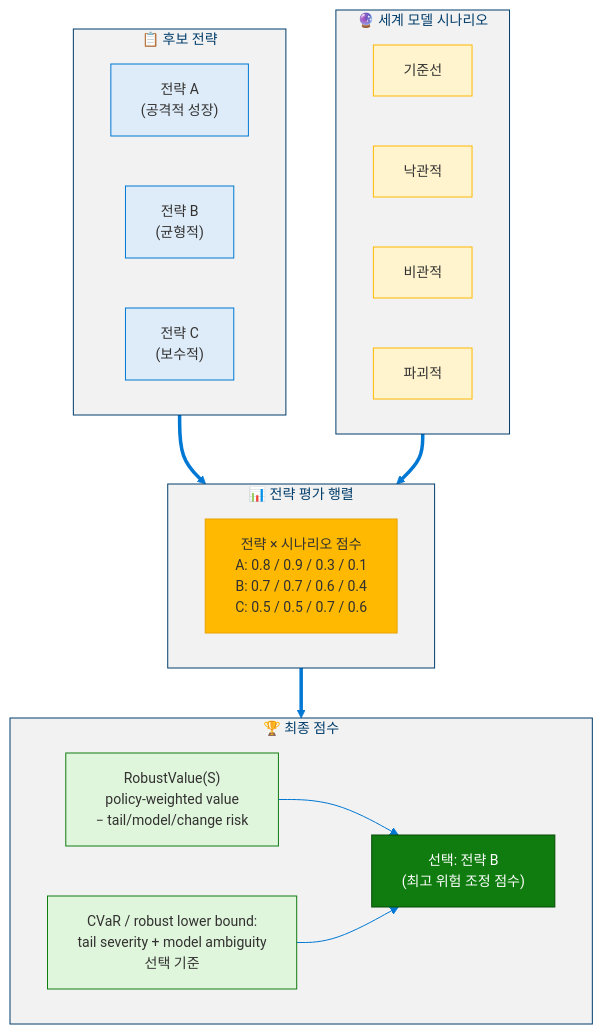
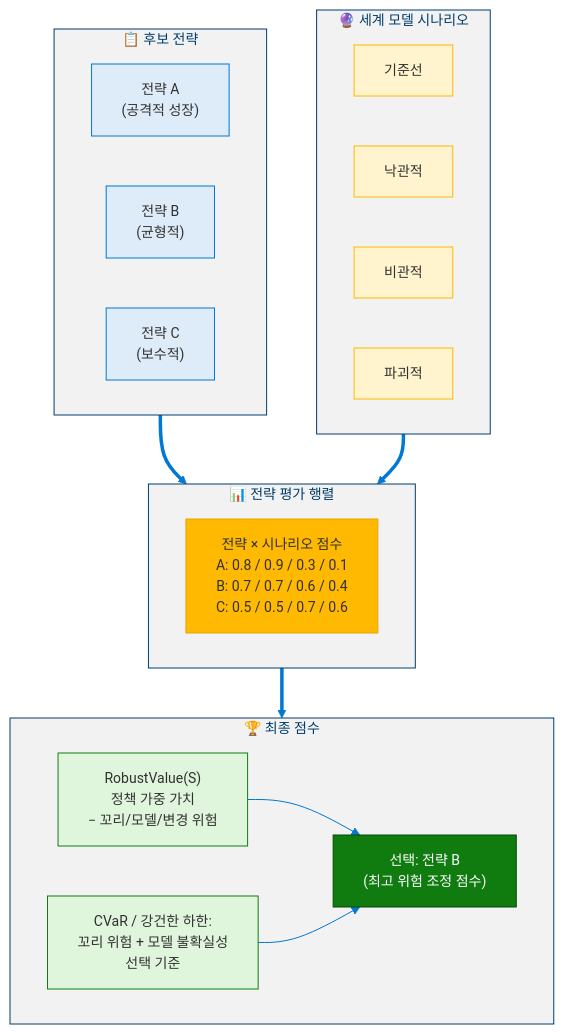
One commit to dotnetpower/mscp changed diagram 11 of 17 in docs/levels/Level_4_8_Strategic_Self_Modeling.ko.md. Above: the diagram before and after it, drawn with Mermaid. The commit also changed other lines of this file and 33 other files, not shown here.

````diff
--- a/docs/levels/Level_4_8_Strategic_Self_Modeling.ko.md
+++ b/docs/levels/Level_4_8_Strategic_Self_Modeling.ko.md
@@ -558,38 +566,38 @@
 ```mermaid
 %%{init: {'theme': 'base', 'themeVariables': {'primaryColor': '#0078D4', 'primaryTextColor': '#003D6B', 'primaryBorderColor': '#003D6B', 'secondaryColor': '#50E6FF', 'secondaryTextColor': '#323130', 'secondaryBorderColor': '#00BCF2', 'tertiaryColor': '#F2F2F2', 'tertiaryTextColor': '#323130', 'lineColor': '#0078D4', 'textColor': '#323130', 'mainBkg': '#DEECF9', 'nodeBorder': '#0078D4', 'clusterBkg': '#F2F2F2', 'clusterBorder': '#003D6B', 'titleColor': '#003D6B', 'edgeLabelBackground': '#FFFFFF', 'fontSize': '14px'}}}%%
 flowchart TD
   classDef strat fill:#DEECF9,stroke:#0078D4,color:#323130
   classDef scenario fill:#FFF4CE,stroke:#FFB900,color:#323130
   classDef eval fill:#FFB900,stroke:#EAA300,color:#323130
   classDef score fill:#DFF6DD,stroke:#107C10,color:#323130
   classDef winner fill:#107C10,stroke:#054B05,color:#FFF
 
   subgraph Strategies["📋 후보 전략"]
     SA["전략 A<br/>(공격적 성장)"]:::strat
     SB["전략 B<br/>(균형적)"]:::strat
     SC["전략 C<br/>(보수적)"]:::strat
   end
 
   subgraph Scenarios["🔮 세계 모델 시나리오"]
     S1["기준선"]:::scenario
     S2["낙관적"]:::scenario
     S3["비관적"]:::scenario
     S4["파괴적"]:::scenario
   end
 
   subgraph Evaluation["📊 전략 평가 행렬"]
     MATRIX["전략 × 시나리오 점수<br/>A: 0.8 / 0.9 / 0.3 / 0.1<br/>B: 0.7 / 0.7 / 0.6 / 0.4<br/>C: 0.5 / 0.5 / 0.7 / 0.6"]:::eval
   end
 
   subgraph Scoring["🏆 최종 점수"]
-    SCORE["RobustValue(S)<br/>policy-weighted value<br/>− tail/model/change risk"]:::score
-    VAR["CVaR / robust lower bound:<br/>tail severity + model ambiguity<br/>선택 기준"]:::score
+    SCORE["RobustValue(S)<br/>정책 가중 가치<br/>− 꼬리/모델/변경 위험"]:::score
+    VAR["CVaR / 강건한 하한:<br/>꼬리 위험 + 모델 불확실성<br/>선택 기준"]:::score
     WINNER["선택: 전략 B<br/>(최고 위험 조정 점수)"]:::winner
   end
 
   Strategies ==> Evaluation
   Scenarios ==> Evaluation
   Evaluation ==> Scoring
   SCORE --> WINNER
   VAR --> WINNER
 ```
````
